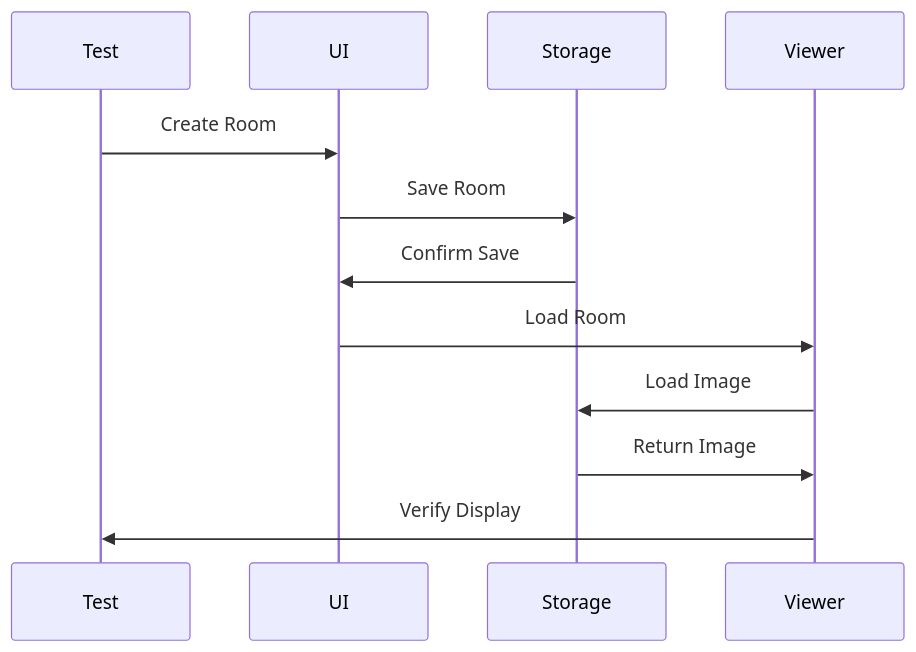
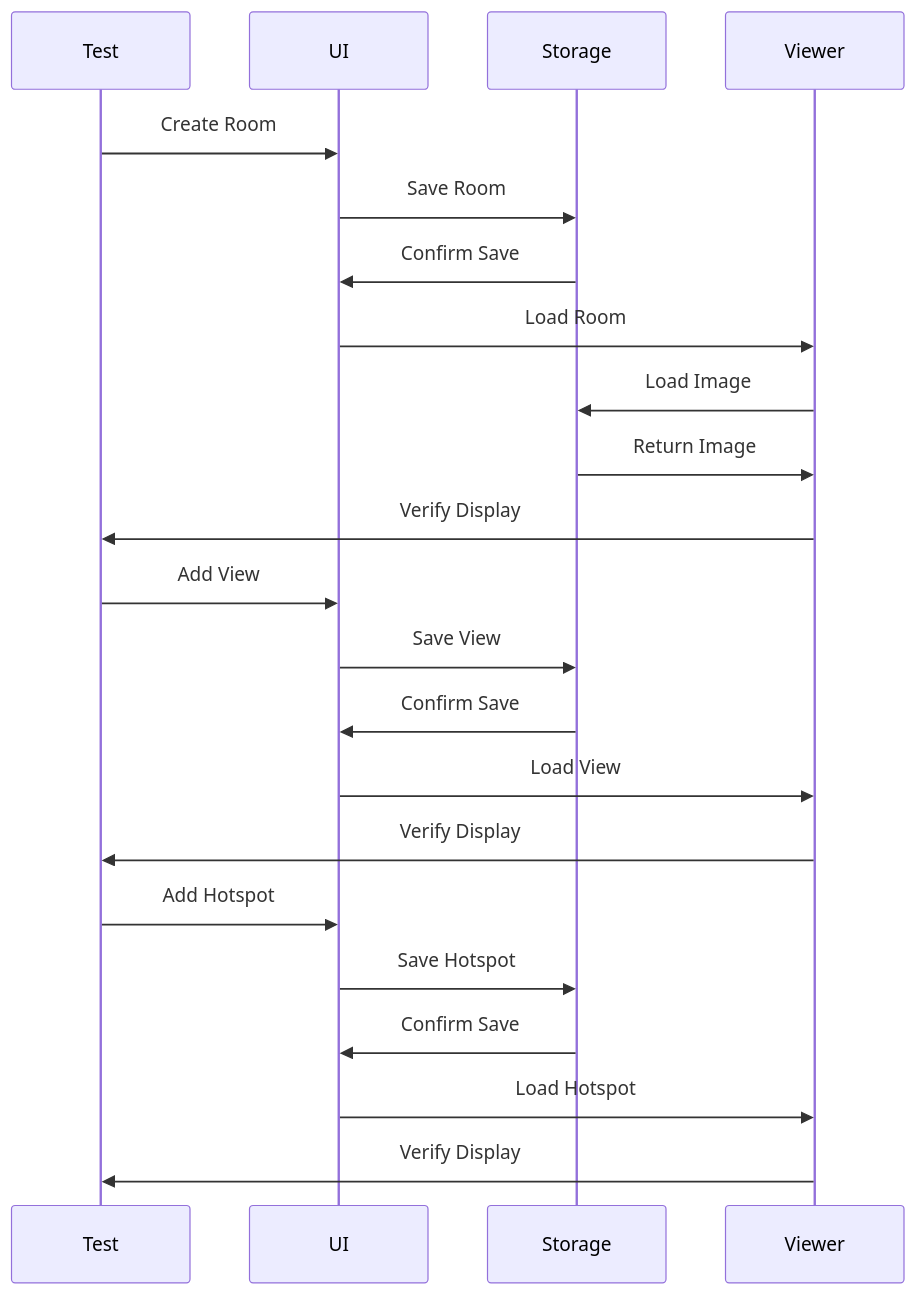
Diagram 14 of 14 in docs/phases/PHASE_1_LOCAL_STORAGE.md (straiforos/kitchen-360), drawn with Mermaid before and after one commit. The commit also changed other lines of this file and 2 other files, not shown here.

First line of the commit message:
Add room creation flow and enhance data structure

````diff
--- a/docs/phases/PHASE_1_LOCAL_STORAGE.md
+++ b/docs/phases/PHASE_1_LOCAL_STORAGE.md
@@ -266,15 +382,27 @@
 ```mermaid
 sequenceDiagram
     participant Test
     participant UI
     participant Storage
     participant Viewer
     
     Test->>UI: Create Room
     UI->>Storage: Save Room
     Storage->>UI: Confirm Save
     UI->>Viewer: Load Room
     Viewer->>Storage: Load Image
     Storage->>Viewer: Return Image
     Viewer->>Test: Verify Display
+    
+    Test->>UI: Add View
+    UI->>Storage: Save View
+    Storage->>UI: Confirm Save
+    UI->>Viewer: Load View
+    Viewer->>Test: Verify Display
+    
+    Test->>UI: Add Hotspot
+    UI->>Storage: Save Hotspot
+    Storage->>UI: Confirm Save
+    UI->>Viewer: Load Hotspot
+    Viewer->>Test: Verify Display
 ```
````
